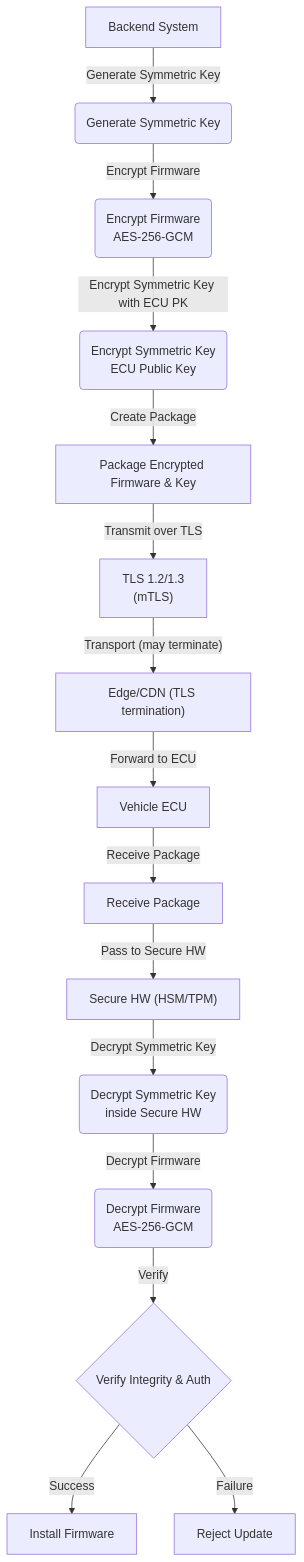
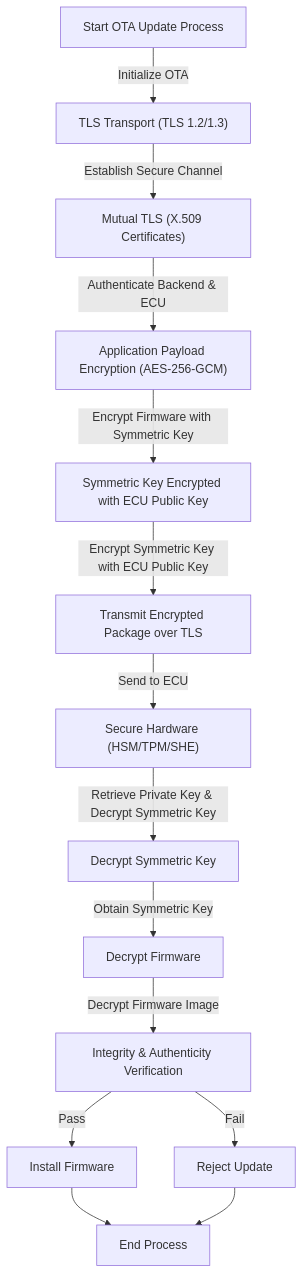
Before and after one commit to CagriCatik/Clarion: the diagram in outputs/01_protection-eavesdrop_doc.md, drawn with Mermaid. The commit also changed other lines of this file and 8 other files, not shown here.

````diff
--- a/outputs/01_protection-eavesdrop_doc.md
+++ b/outputs/01_protection-eavesdrop_doc.md
@@ -47,33 +29,30 @@
 ```mermaid
 graph TD
-    Backend["Backend System"]
-    EdgeNode["Edge/CDN (TLS termination)"]
-    ECU["Vehicle ECU"]
-    SecureHW["Secure HW (HSM/TPM)"]
-    SymKeyGen("Generate Symmetric Key")
-    FirmwareEnc("Encrypt Firmware<br>AES-256-GCM")
-    KeyEnc("Encrypt Symmetric Key<br>ECU Public Key")
-    Package["Package Encrypted Firmware & Key"]
-    TLS["TLS 1.2/1.3<br>(mTLS)"]
-    Receive["Receive Package"]
-    DecryptKey("Decrypt Symmetric Key<br>inside Secure HW")
-    DecryptFW("Decrypt Firmware<br>AES-256-GCM")
-    Verify{Verify Integrity & Auth}
+    Start_Node["Start OTA Update Process"]
+    TLS_Transport["TLS Transport (TLS 1.2/1.3)"]
+    Mutual_TLS["Mutual TLS (X.509 Certificates)"]
+    Payload_Enc["Application Payload Encryption (AES-256-GCM)"]
+    Key_Enc["Symmetric Key Encrypted with ECU Public Key"]
+    Transmit["Transmit Encrypted Package over TLS"]
+    Secure_Hardware["Secure Hardware (HSM/TPM/SHE)"]
+    Decrypt_SymKey["Decrypt Symmetric Key"]
+    Decrypt_Firmware["Decrypt Firmware"]
+    Verify["Integrity & Authenticity Verification"]
     Install["Install Firmware"]
     Reject["Reject Update"]
+    End_Node["End Process"]
 
-    Backend -- "Generate Symmetric Key" --> SymKeyGen
-    SymKeyGen -- "Encrypt Firmware" --> FirmwareEnc
-    FirmwareEnc -- "Encrypt Symmetric Key with ECU PK" --> KeyEnc
-    KeyEnc -- "Create Package" --> Package
-    Package -- "Transmit over TLS" --> TLS
-    TLS -- "Transport (may terminate)" --> EdgeNode
-    EdgeNode -- "Forward to ECU" --> ECU
-    ECU -- "Receive Package" --> Receive
-    Receive -- "Pass to Secure HW" --> SecureHW
-    SecureHW -- "Decrypt Symmetric Key" --> DecryptKey
-    DecryptKey -- "Decrypt Firmware" --> DecryptFW
-    DecryptFW -- "Verify" --> Verify
-    Verify -- "Success" --> Install
-    Verify -- "Failure" --> Reject
+    Start_Node -- "Initialize OTA" --> TLS_Transport
+    TLS_Transport -- "Establish Secure Channel" --> Mutual_TLS
+    Mutual_TLS -- "Authenticate Backend & ECU" --> Payload_Enc
+    Payload_Enc -- "Encrypt Firmware with Symmetric Key" --> Key_Enc
+    Key_Enc -- "Encrypt Symmetric Key with ECU Public Key" --> Transmit
+    Transmit -- "Send to ECU" --> Secure_Hardware
+    Secure_Hardware -- "Retrieve Private Key & Decrypt Symmetric Key" --> Decrypt_SymKey
+    Decrypt_SymKey -- "Obtain Symmetric Key" --> Decrypt_Firmware
+    Decrypt_Firmware -- "Decrypt Firmware Image" --> Verify
+    Verify -- "Pass" --> Install
+    Verify -- "Fail" --> Reject
+    Install --> End_Node
+    Reject --> End_Node
 ```
````
